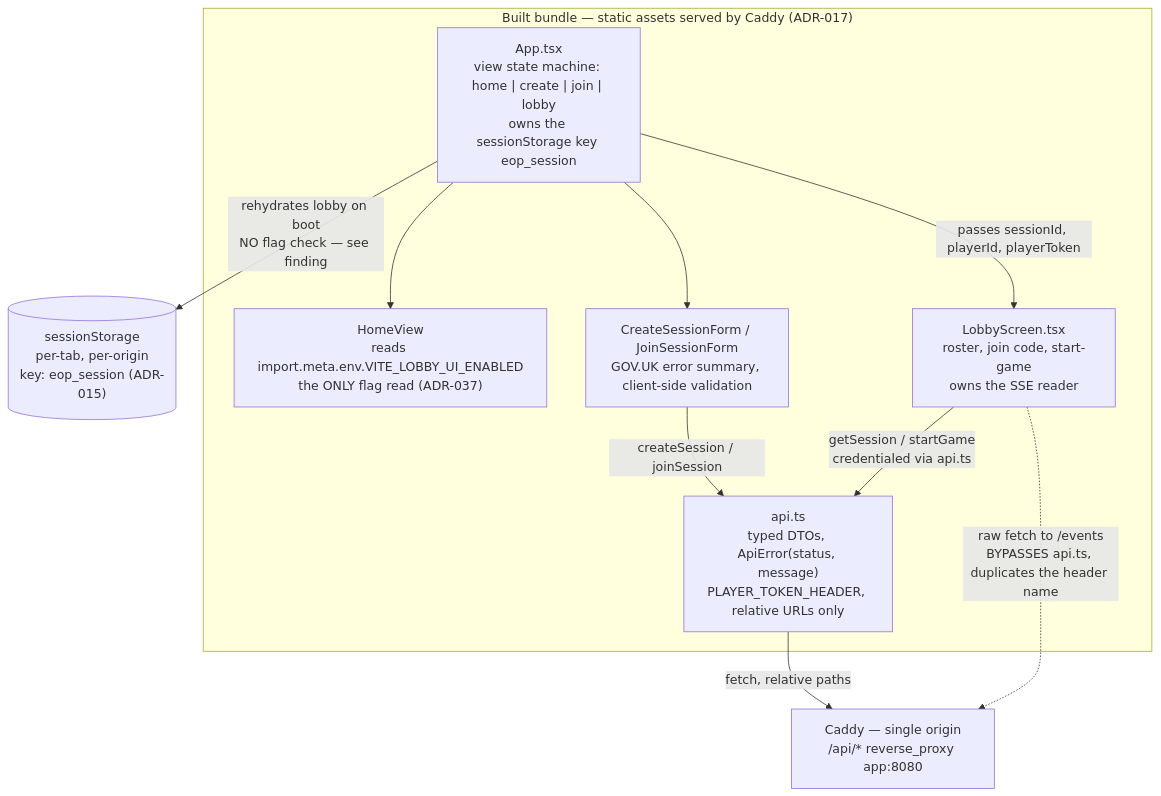
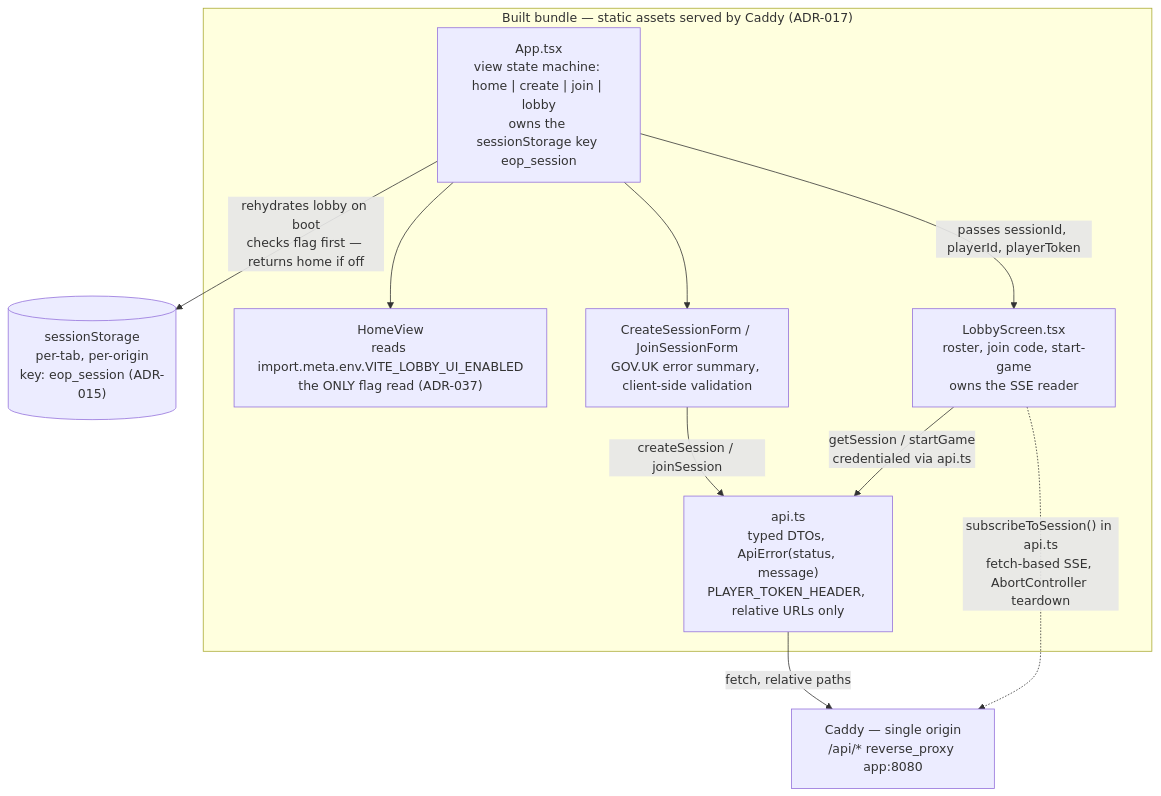
One commit to maglez/eop-threat-medeling changed the third of 5 diagrams in docs/architecture/C4-Diagrams.md. Above: the diagram before and after it, drawn with Mermaid. The commit also changed other lines of this file and 10 other files, not shown here.

Commit message:
[EOP-11] fix: extract subscribeToSession to api.ts, fix error-kind prefix matching, update stale docs

````diff
--- a/docs/architecture/C4-Diagrams.md
+++ b/docs/architecture/C4-Diagrams.md
@@ -746,24 +746,24 @@
 ```mermaid
 flowchart TD
     subgraph bundle["Built bundle — static assets served by Caddy (ADR-017)"]
         APP["App.tsx<br/>view state machine: home | create | join | lobby<br/>owns the sessionStorage key eop_session"]
         HOME["HomeView<br/>reads import.meta.env.VITE_LOBBY_UI_ENABLED<br/>the ONLY flag read (ADR-037)"]
         FORMS["CreateSessionForm / JoinSessionForm<br/>GOV.UK error summary, client-side validation"]
         LOBBY["LobbyScreen.tsx<br/>roster, join code, start-game<br/>owns the SSE reader"]
         API["api.ts<br/>typed DTOs, ApiError(status, message)<br/>PLAYER_TOKEN_HEADER, relative URLs only"]
     end
 
     SS[("sessionStorage<br/>per-tab, per-origin<br/>key: eop_session (ADR-015)")]
     CADDY["Caddy — single origin<br/>/api/* reverse_proxy app:8080"]
 
-    APP -->|"rehydrates lobby on boot<br/>NO flag check — see finding"| SS
+    APP -->|"rehydrates lobby on boot<br/>checks flag first — returns home if off"| SS
     APP --> HOME
     APP --> FORMS
     APP -->|"passes sessionId, playerId, playerToken"| LOBBY
 
     FORMS -->|"createSession / joinSession"| API
     LOBBY -->|"getSession / startGame<br/>credentialed via api.ts"| API
-    LOBBY -.->|"raw fetch to /events<br/>BYPASSES api.ts, duplicates the header name"| CADDY
+    LOBBY -.->|"subscribeToSession() in api.ts<br/>fetch-based SSE, AbortController teardown"| CADDY
 
     API -->|"fetch, relative paths"| CADDY
 ```
````
